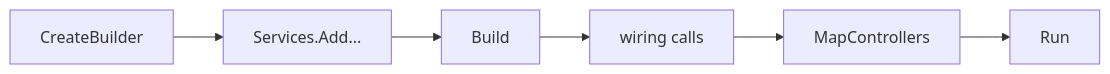
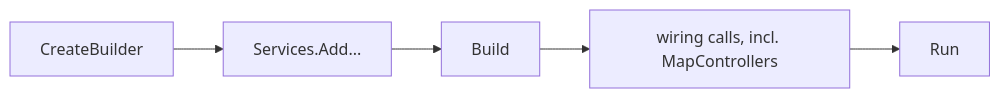
Before and after one commit to duyan11110/lo-trinh-architect: the diagram in content/tracks/backend/web-server/backend.l1.hosting-and-program-cs.en.md, drawn with Mermaid. The commit also changed other lines of this file and 4 other files, not shown here.

````diff
--- a/content/tracks/backend/web-server/backend.l1.hosting-and-program-cs.en.md
+++ b/content/tracks/backend/web-server/backend.l1.hosting-and-program-cs.en.md
@@ -39,8 +40,7 @@
 ```mermaid
 flowchart LR
   A[CreateBuilder] --> B[Services.Add...]
   B --> C[Build]
-  C --> D[wiring calls]
-  D --> E[MapControllers]
-  E --> F[Run]
+  C --> D[wiring calls, incl. MapControllers]
+  D --> F[Run]
 ```
````
